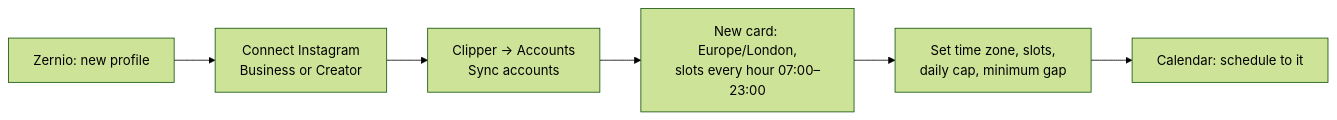
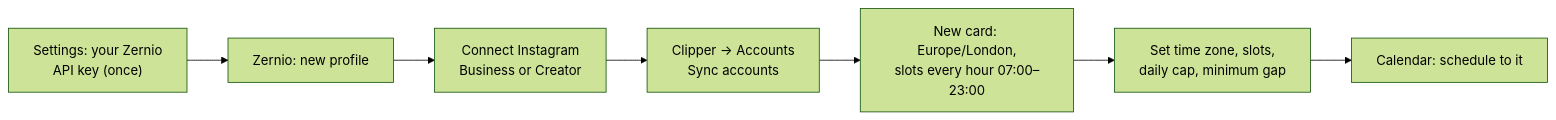
Before and after one commit to paramshah07/Marketing-and-Clipping-Platform: the third of 5 diagrams in docs/workflows.md, drawn with Mermaid (forest theme). The commit also changed other lines of this file and 19 other files, not shown here.

````diff
--- a/docs/workflows.md
+++ b/docs/workflows.md
@@ -96,8 +97,9 @@
 ```mermaid
 flowchart LR
-  prof["Zernio: new profile"] --> conn["Connect Instagram<br/>Business or Creator"]
+  key["Settings: your Zernio<br/>API key (once)"] --> prof["Zernio: new profile"]
+  prof --> conn["Connect Instagram<br/>Business or Creator"]
   conn --> sync["Clipper → Accounts<br/>Sync accounts"]
   sync --> card["New card: Europe/London,<br/>slots every hour 07:00–23:00"]
   card --> set["Set time zone, slots,<br/>daily cap, minimum gap"]
   set --> use["Calendar: schedule to it"]
 ```
````
